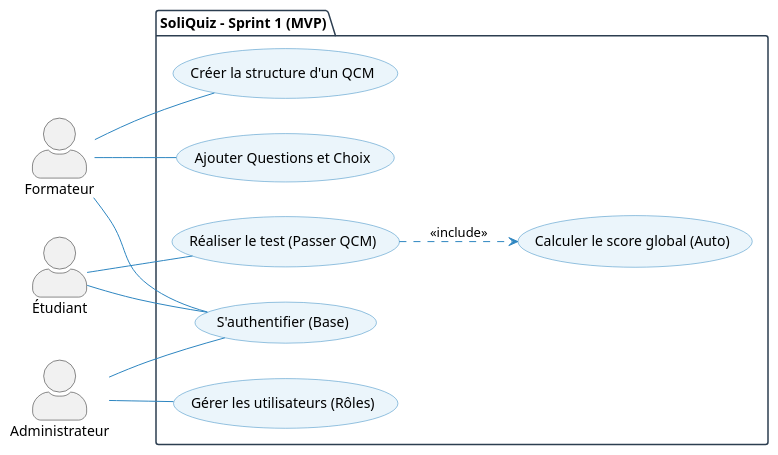
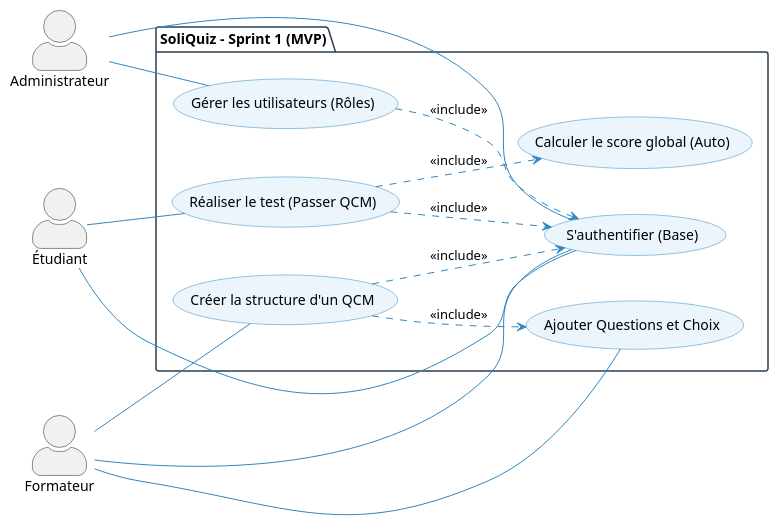
One commit to SoliQuiz/Analyse changed the diagram in cas-utilisation/cas-utilisation-sprint-1-mvp.puml. Above: the diagram before and after it, drawn with PlantUML. The commit also changed 2 other files, not shown here.

Commit message:
feat: Add PlantUML use case diagrams for SoliQuiz system, including global, Sprint 1 MVP, and Sprint 2 advanced views.

```diff
--- a/cas-utilisation/cas-utilisation-sprint-1-mvp.puml
+++ b/cas-utilisation/cas-utilisation-sprint-1-mvp.puml
@@ -1,40 +1,36 @@
 @startuml
 skinparam actorStyle awesome
 left to right direction
-
 skinparam package {
     BackgroundColor White
     BorderColor #2C3E50
 }
-
 skinparam usecase {
     BackgroundColor #EBF5FB
     BorderColor #2E86C1
     ArrowColor #2E86C1
 }
-
 actor "Administrateur" as A
 actor "Formateur" as F
 actor "Étudiant" as E
-
 package "SoliQuiz - Sprint 1 (MVP)" {
     usecase "Gérer les utilisateurs (Rôles)" as UC1_6
     usecase "S'authentifier (Base)" as UC1_5
     usecase "Créer la structure d'un QCM" as UC1_1
     usecase "Ajouter Questions et Choix" as UC1_2
     usecase "Réaliser le test (Passer QCM)" as UC1_3
     usecase "Calculer le score global (Auto)" as UC1_4
 }
-
 A -- UC1_6
 A -- UC1_5
-
 F -- UC1_5
 F -- UC1_1
 F -- UC1_2
-
 E -- UC1_5
 E -- UC1_3
-
+UC1_1 ..> UC1_2 : <<include>>
 UC1_3 ..> UC1_4 : <<include>>
+UC1_6 ..> UC1_5 : <<include>>
+UC1_1 ..> UC1_5 : <<include>>
+UC1_3 ..> UC1_5 : <<include>>
 @enduml
```
